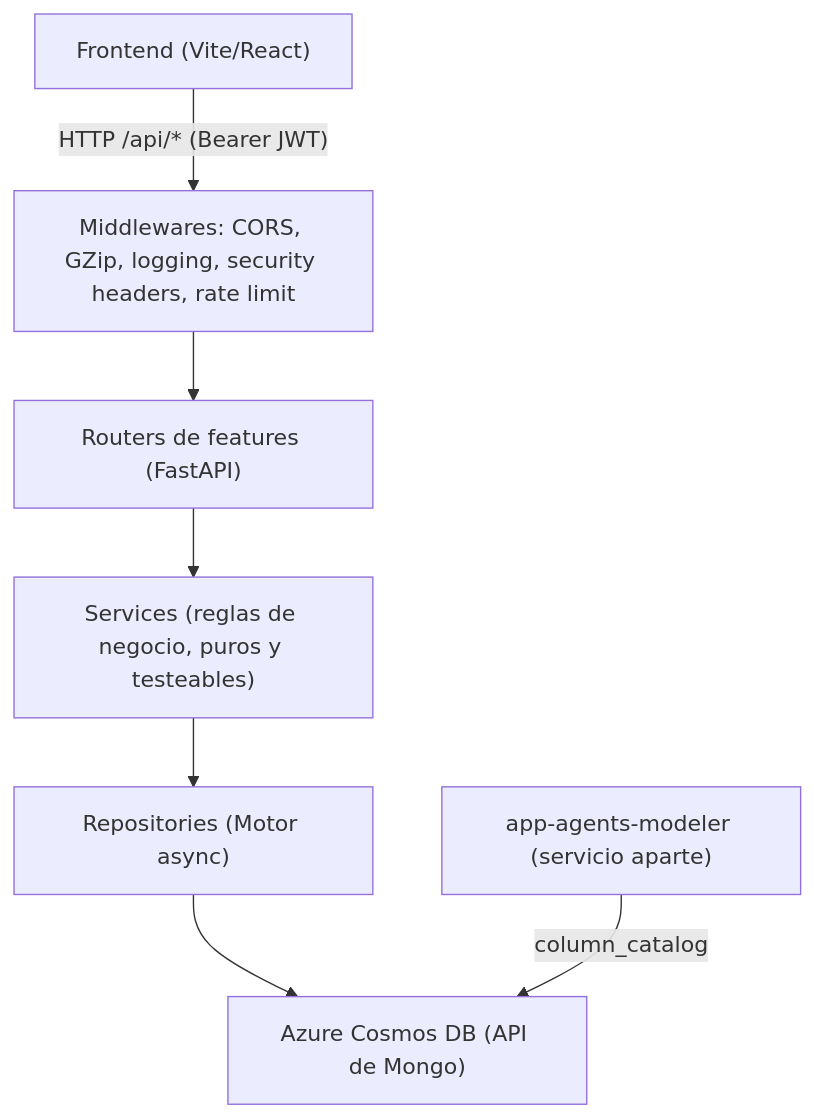
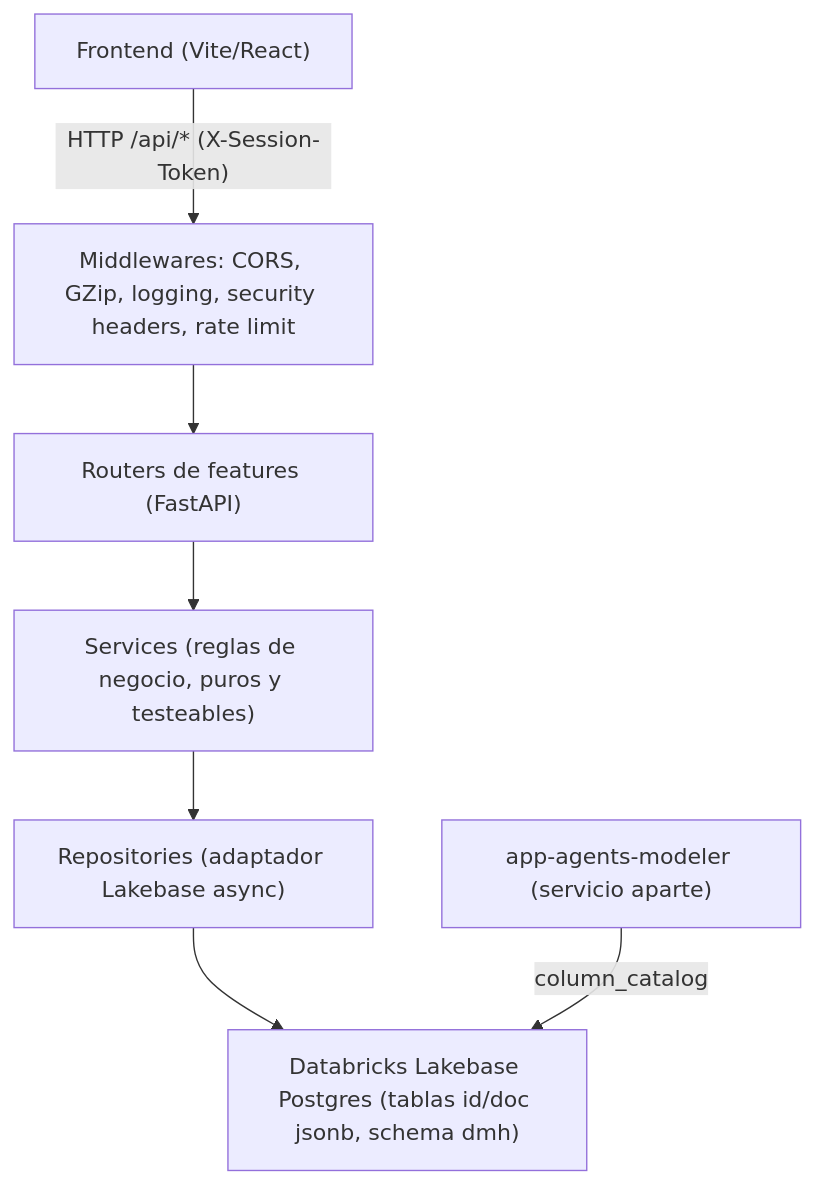
The first of 4 diagrams in README.md (Carlosmps97/backend-data-model-hub), drawn with Mermaid before and after one commit. The commit also changed other lines of this file and 48 other files, not shown here.

````diff
--- a/README.md
+++ b/README.md
@@ -33,9 +33,9 @@
 ```mermaid
 flowchart TD
-    FE["Frontend (Vite/React)"] -->|"HTTP /api/* (Bearer JWT)"| MW["Middlewares: CORS, GZip, logging, security headers, rate limit"]
+    FE["Frontend (Vite/React)"] -->|"HTTP /api/* (X-Session-Token)"| MW["Middlewares: CORS, GZip, logging, security headers, rate limit"]
     MW --> R["Routers de features (FastAPI)"]
     R --> S["Services (reglas de negocio, puros y testeables)"]
-    S --> REPO["Repositories (Motor async)"]
-    REPO --> COSMOS["Azure Cosmos DB (API de Mongo)"]
-    AGENT["app-agents-modeler (servicio aparte)"] -->|"column_catalog"| COSMOS
+    S --> REPO["Repositories (adaptador Lakebase async)"]
+    REPO --> LAKEBASE["Databricks Lakebase Postgres (tablas id/doc jsonb, schema dmh)"]
+    AGENT["app-agents-modeler (servicio aparte)"] -->|"column_catalog"| LAKEBASE
 ```
````
